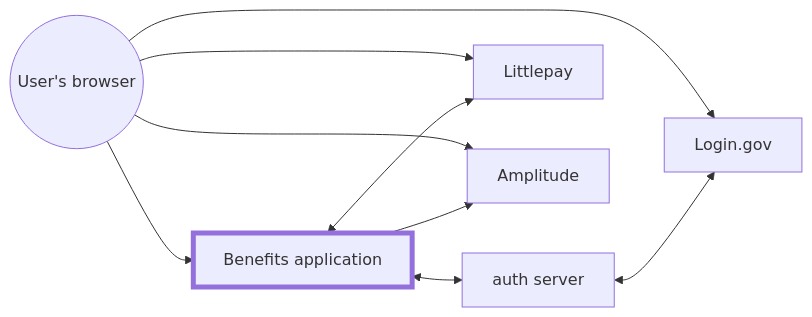
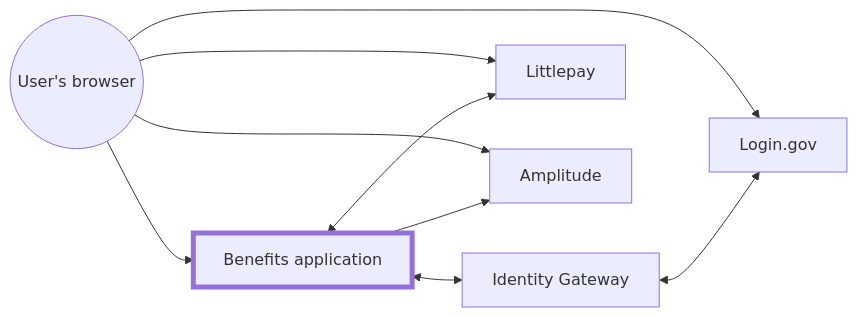
One commit to cal-itp/benefits changed the first of 2 diagrams in docs/deployment/infrastructure.md. Above: the diagram before and after it, drawn with Mermaid. The commit also changed 2 other files, not shown here.

Commit message:
chore(docs): update references to "Identity Gatway"
…from "authorization server".

````diff
--- a/docs/deployment/infrastructure.md
+++ b/docs/deployment/infrastructure.md
@@ -14,25 +14,25 @@
 ```mermaid
 flowchart LR
     %% DMV integration is currently disabled, hence the lines commented out below
 
     %% dmv[DMV Eligibility Verification API]
     benefits[Benefits application]
     style benefits stroke-width:5px
     %% recaptcha[Google reCAPTCHA]
     rider((User's browser))
-    auth[auth server]
+    ig[Identity Gateway]
 
     rider --> benefits
     rider --> Login.gov
     %% rider --> recaptcha
     rider --> Littlepay
     rider --> Amplitude
 
-    benefits <--> auth
+    benefits <--> ig
     %% benefits <--> recaptcha
     %% benefits --> dmv
     benefits --> Amplitude
     benefits <--> Littlepay
 
-    auth <--> Login.gov
+    ig <--> Login.gov
 ```
````
